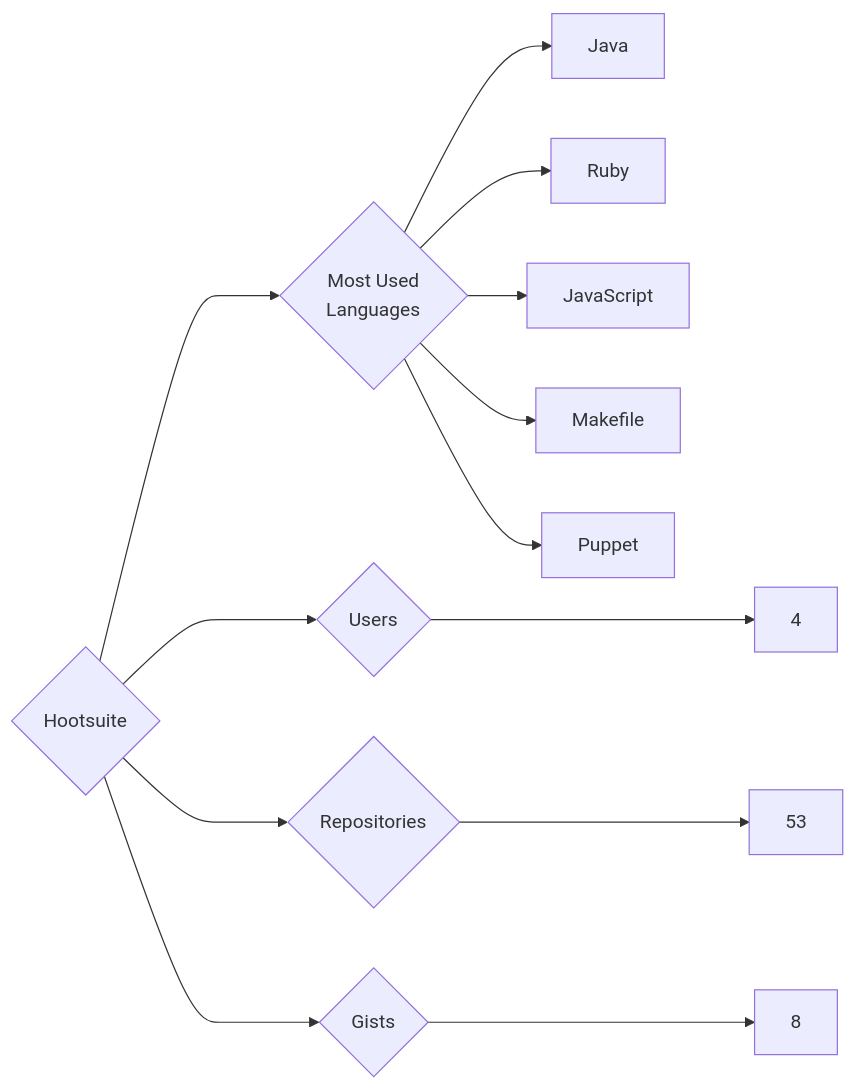
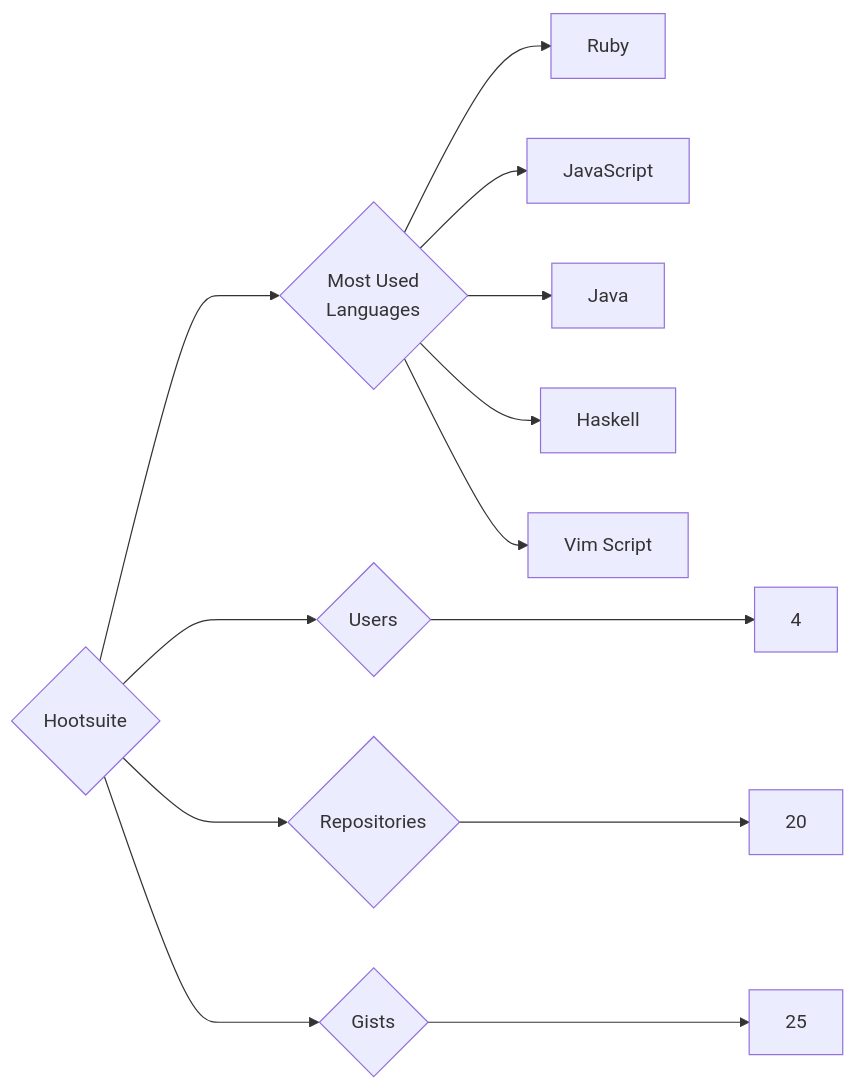
Before and after one commit to trickest/insiders: the diagram in targets/Hootsuite/README.md, drawn with Mermaid. The commit also changed 938 other files, not shown here.

````diff
--- a/targets/Hootsuite/README.md
+++ b/targets/Hootsuite/README.md
@@ -3,13 +3,13 @@
 ```mermaid
 graph LR
 COMPANY_NAME{Hootsuite}
 COMPANY_NAME ---> U{Users} ---> UN[4]
-COMPANY_NAME ---> R{Repositories} ---> RN[53]
-COMPANY_NAME ---> G{Gists} ---> GN[8]
+COMPANY_NAME ---> R{Repositories} ---> RN[20]
+COMPANY_NAME ---> G{Gists} ---> GN[25]
 COMPANY_NAME ---> ML{Most Used<br>Languages}
-ML --> Java[Java]
 ML --> Ruby[Ruby]
 ML --> JavaScript[JavaScript]
-ML --> Makefile[Makefile]
-ML --> Puppet[Puppet]
+ML --> Java[Java]
+ML --> Haskell[Haskell]
+ML --> Vim_Script[Vim Script]
 ```
````
